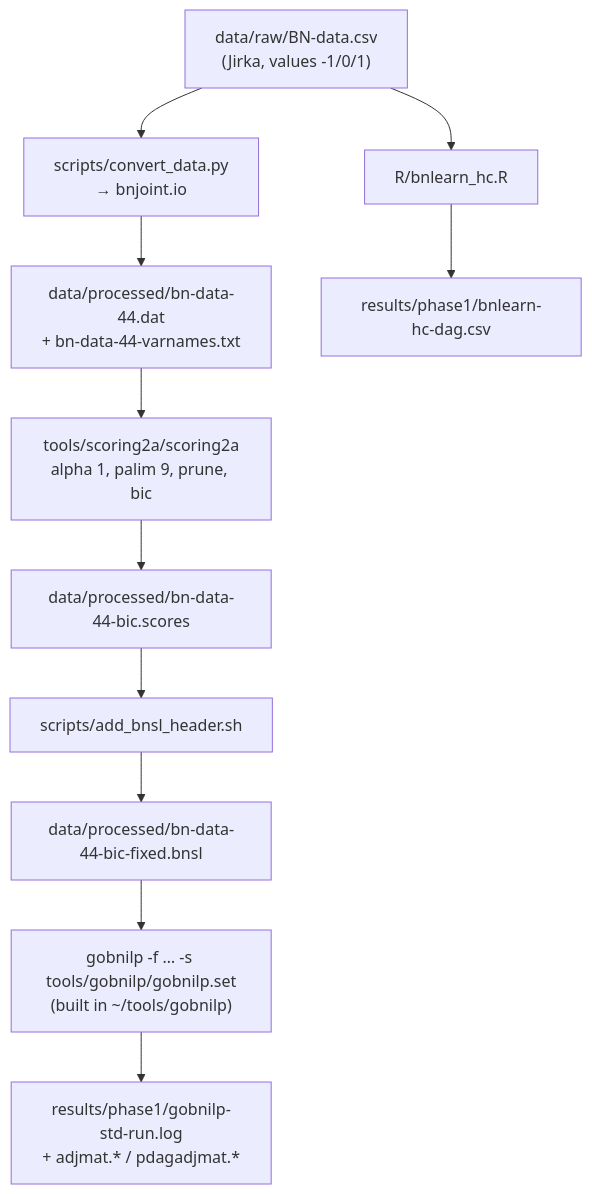
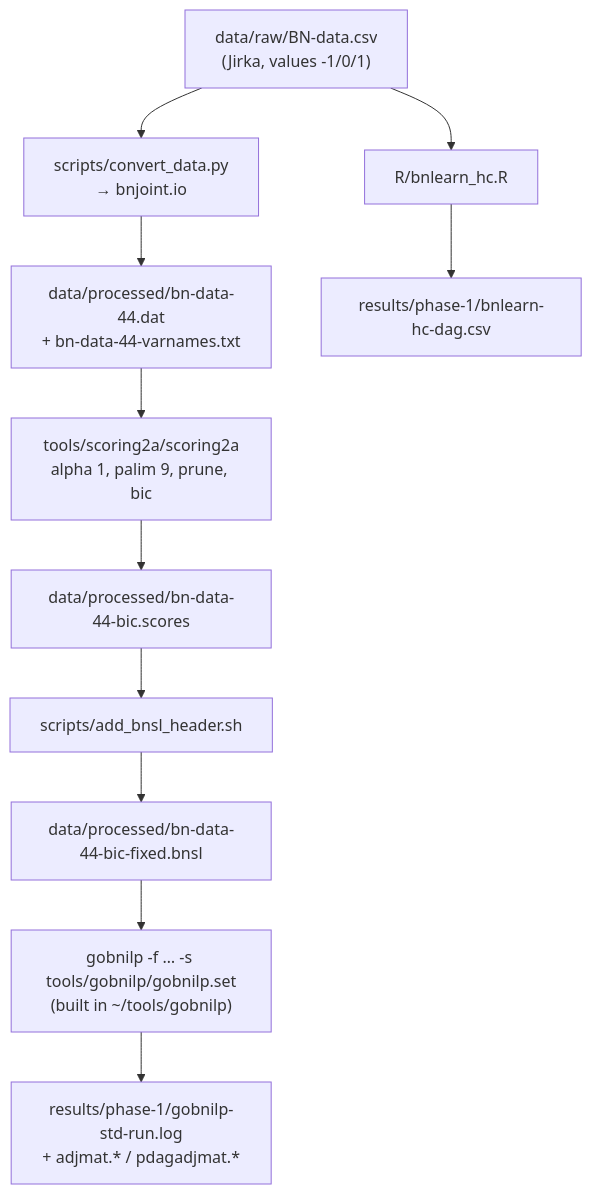
Before and after one commit to p-anika/bn-joint-structure-cpt-learning: the first of 2 diagrams in docs/code-guide/ARCHITECTURE.md, drawn with Mermaid. The commit also changed other lines of this file and 73 other files, not shown here.

````diff
--- a/docs/code-guide/ARCHITECTURE.md
+++ b/docs/code-guide/ARCHITECTURE.md
@@ -9,17 +9,17 @@
 ```mermaid
 flowchart TD
     raw["data/raw/BN-data.csv<br/>(Jirka, values -1/0/1)"]
     conv["scripts/convert_data.py<br/>→ bnjoint.io"]
     dat["data/processed/bn-data-44.dat<br/>+ bn-data-44-varnames.txt"]
     s2a["tools/scoring2a/scoring2a<br/>alpha 1, palim 9, prune, bic"]
     scores["data/processed/bn-data-44-bic.scores"]
     hdr["scripts/add_bnsl_header.sh"]
     bnsl["data/processed/bn-data-44-bic-fixed.bnsl"]
     gob["gobnilp -f … -s tools/gobnilp/gobnilp.set<br/>(built in ~/tools/gobnilp)"]
-    log["results/phase1/gobnilp-std-run.log<br/>+ adjmat.* / pdagadjmat.*"]
+    log["results/phase-1/gobnilp-std-run.log<br/>+ adjmat.* / pdagadjmat.*"]
     hc["R/bnlearn_hc.R"]
-    hcout["results/phase1/bnlearn-hc-dag.csv"]
+    hcout["results/phase-1/bnlearn-hc-dag.csv"]
 
     raw --> conv --> dat --> s2a --> scores --> hdr --> bnsl --> gob --> log
     raw --> hc --> hcout
 ```
````
